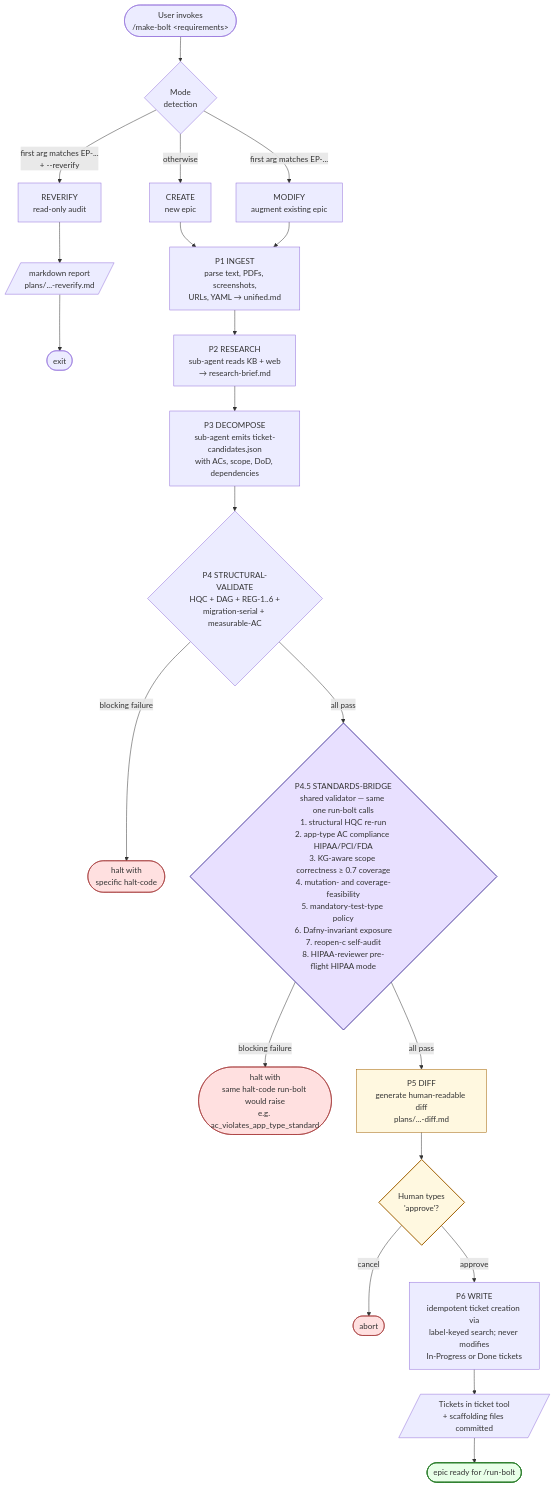
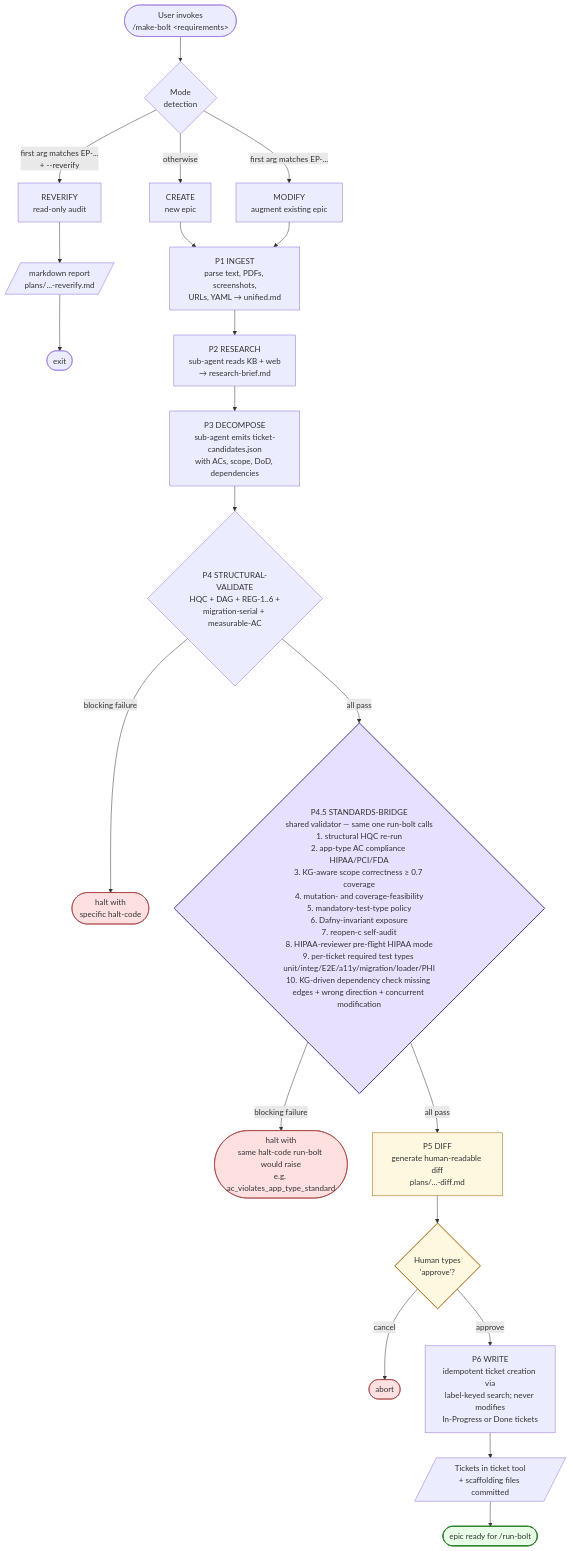
Before and after one commit to lhyman1701/bolts-package: the second of 3 diagrams in README.md, drawn with Mermaid. The commit also changed other lines of this file and 2 other files, not shown here.

First line of the commit message:
feat: §30 — per-ticket test-coverage promise + KG-driven dependency verification

````diff
--- a/README.md
+++ b/README.md
@@ -75,43 +77,43 @@
 ```mermaid
 flowchart TD
     Start([User invokes<br/>/make-bolt &lt;requirements&gt;]) --> Mode{Mode<br/>detection}
 
     Mode -->|first arg matches EP-...<br/>+ --reverify| RV[REVERIFY<br/>read-only audit]
     Mode -->|first arg matches EP-...| Mod[MODIFY<br/>augment existing epic]
     Mode -->|otherwise| Cre[CREATE<br/>new epic]
 
     RV --> RVOut[/markdown report<br/>plans/...-reverify.md/]
     RVOut --> RVDone([exit])
 
     Cre --> P1
     Mod --> P1
 
     P1[P1 INGEST<br/>parse text, PDFs, screenshots,<br/>URLs, YAML → unified.md] --> P2
     P2[P2 RESEARCH<br/>sub-agent reads KB + web<br/>→ research-brief.md] --> P3
     P3[P3 DECOMPOSE<br/>sub-agent emits ticket-candidates.json<br/>with ACs, scope, DoD, dependencies] --> P4
     P4{P4 STRUCTURAL-VALIDATE<br/>HQC + DAG + REG-1..6 +<br/>migration-serial + measurable-AC}
 
     P4 -->|blocking failure| Halt([halt with<br/>specific halt-code])
     P4 -->|all pass| P45
 
-    P45{P4.5 STANDARDS-BRIDGE<br/>shared validator — same one run-bolt calls<br/>1. structural HQC re-run<br/>2. app-type AC compliance HIPAA/PCI/FDA<br/>3. KG-aware scope correctness ≥ 0.7 coverage<br/>4. mutation- and coverage-feasibility<br/>5. mandatory-test-type policy<br/>6. Dafny-invariant exposure<br/>7. reopen-c self-audit<br/>8. HIPAA-reviewer pre-flight HIPAA mode}
+    P45{P4.5 STANDARDS-BRIDGE<br/>shared validator — same one run-bolt calls<br/>1. structural HQC re-run<br/>2. app-type AC compliance HIPAA/PCI/FDA<br/>3. KG-aware scope correctness ≥ 0.7 coverage<br/>4. mutation- and coverage-feasibility<br/>5. mandatory-test-type policy<br/>6. Dafny-invariant exposure<br/>7. reopen-c self-audit<br/>8. HIPAA-reviewer pre-flight HIPAA mode<br/>9. per-ticket required test types unit/integ/E2E/a11y/migration/loader/PHI<br/>10. KG-driven dependency check missing edges + wrong direction + concurrent modification}
 
     P45 -->|blocking failure| HaltSB([halt with<br/>same halt-code run-bolt would raise<br/>e.g. ac_violates_app_type_standard])
     P45 -->|all pass| P5
 
     P5[P5 DIFF<br/>generate human-readable diff<br/>plans/...-diff.md] --> Approve{Human types<br/>'approve'?}
 
     Approve -->|cancel| Cancel([abort])
     Approve -->|approve| P6
 
     P6[P6 WRITE<br/>idempotent ticket creation via<br/>label-keyed search; never modifies<br/>In-Progress or Done tickets] --> Out[/Tickets in ticket tool<br/>+ scaffolding files committed/]
     Out --> Done([epic ready for /run-bolt])
 
     style P45 fill:#e8e0ff,stroke:#5040a0,stroke-width:2px
     style P5 fill:#fff8e0,stroke:#a06000
     style Approve fill:#fff8e0,stroke:#a06000,stroke-width:2px
     style Halt fill:#ffe0e0,stroke:#a03030
     style HaltSB fill:#ffe0e0,stroke:#a03030
     style Cancel fill:#ffe0e0,stroke:#a03030
     style Done fill:#e8ffe8,stroke:#308030,stroke-width:2px
 ```
````
